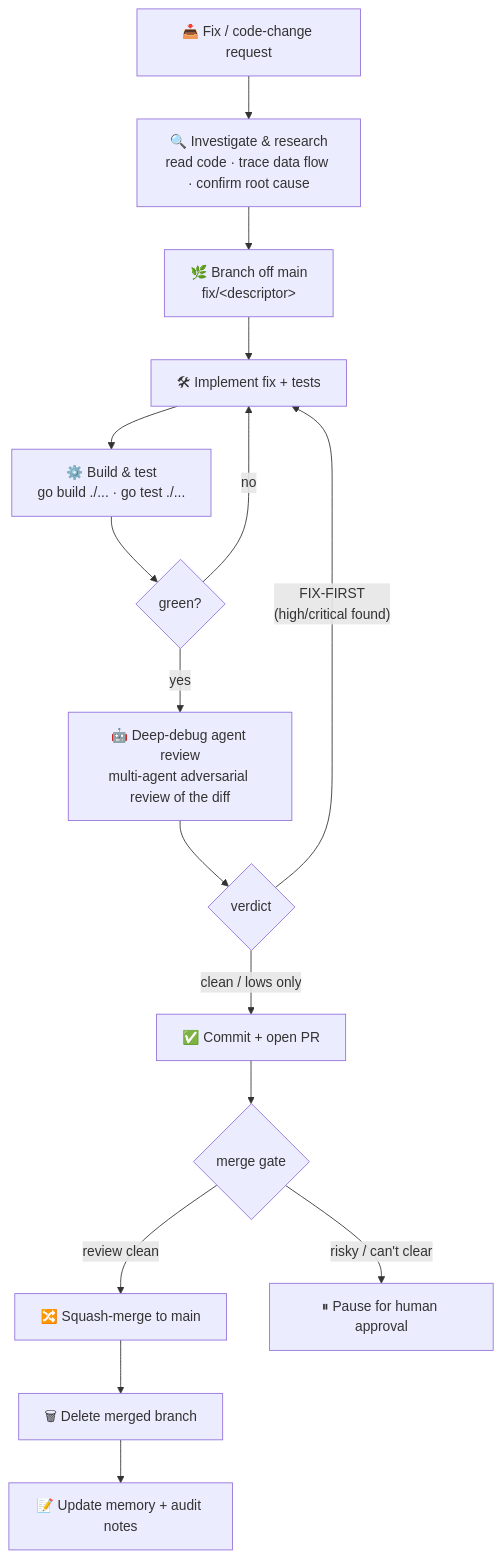
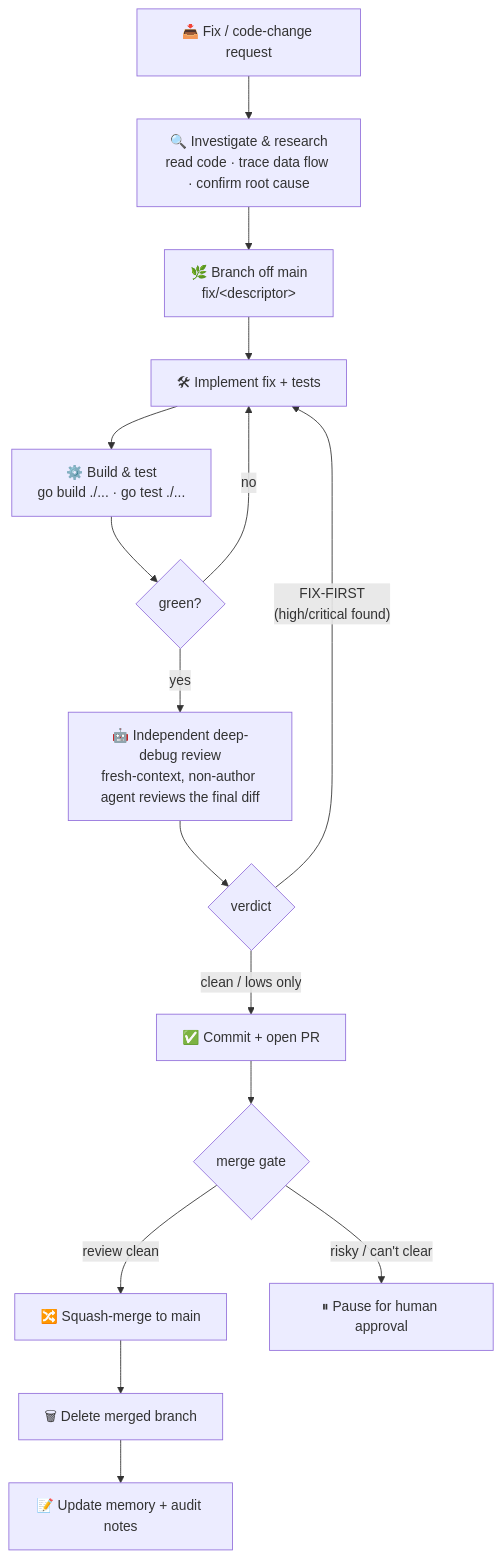
One commit to ronniekai999/AuroraPro.App changed the diagram in docs/dev-workflow.md. Above: the diagram before and after it, drawn with Mermaid. The commit also changed other lines of this file and 8 other files, not shown here.

````diff
--- a/docs/dev-workflow.md
+++ b/docs/dev-workflow.md
@@ -7,18 +7,18 @@
 ```mermaid
 flowchart TD
     A["📥 Fix / code-change request"] --> B["🔍 Investigate & research<br/>read code · trace data flow · confirm root cause"]
     B --> C["🌿 Branch off main<br/>fix/&lt;descriptor&gt;"]
     C --> D["🛠 Implement fix + tests"]
     D --> E["⚙️ Build & test<br/>go build ./... · go test ./..."]
     E --> F{green?}
     F -- no --> D
-    F -- yes --> G["🤖 Deep-debug agent review<br/>multi-agent adversarial review of the diff"]
+    F -- yes --> G["🤖 Independent deep-debug review<br/>fresh-context, non-author agent reviews the final diff"]
     G --> H{verdict}
     H -- "FIX-FIRST<br/>(high/critical found)" --> D
     H -- "clean / lows only" --> I["✅ Commit + open PR"]
     I --> J{merge gate}
     J -- "review clean" --> K["🔀 Squash-merge to main"]
     J -- "risky / can't clear" --> X["⏸ Pause for human approval"]
     K --> L["🗑 Delete merged branch"]
     L --> M["📝 Update memory + audit notes"]
 ```
````
